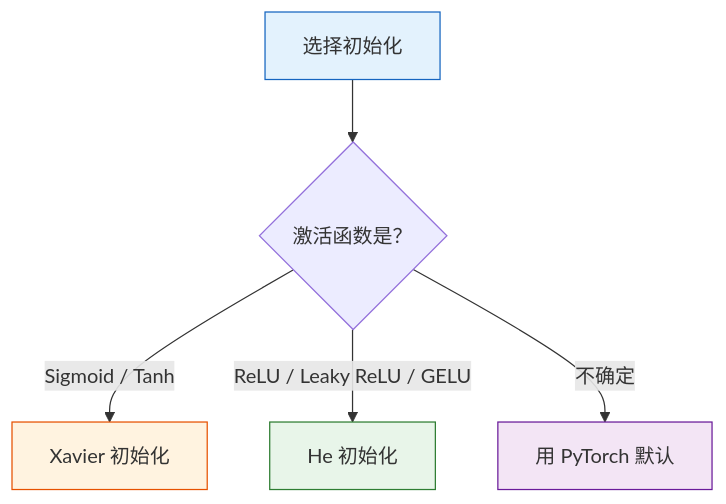
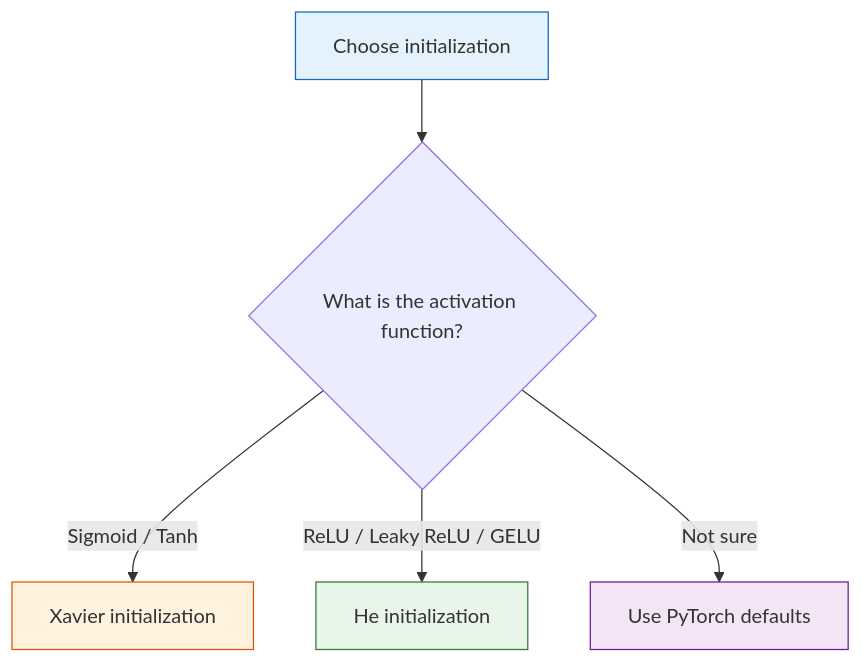
Before and after one commit to oudbiao/AI-fullstack-course: the diagram in docs/ch06-deep-learning/ch01-nn-basics/05-weight-init.md, drawn with Mermaid. The commit also changed other lines of this file and 1406 other files, not shown here.

````diff
--- a/docs/ch06-deep-learning/ch01-nn-basics/05-weight-init.md
+++ b/docs/ch06-deep-learning/ch01-nn-basics/05-weight-init.md
@@ -312,12 +312,12 @@
 ```mermaid
 flowchart TD
-    Q["选择初始化"] --> A{"激活函数是？"}
-    A --> |"Sigmoid / Tanh"|X["Xavier 初始化"]
-    A --> |"ReLU / Leaky ReLU / GELU"|H["He 初始化"]
-    A --> |"不确定"|D["用 PyTorch 默认"]
+    Q["Choose initialization"] --> A{"What is the activation function?"}
+    A --> |"Sigmoid / Tanh"|X["Xavier initialization"]
+    A --> |"ReLU / Leaky ReLU / GELU"|H["He initialization"]
+    A --> |"Not sure"|D["Use PyTorch defaults"]
 
     style Q fill:#e3f2fd,stroke:#1565c0,color:#333
     style X fill:#fff3e0,stroke:#e65100,color:#333
     style H fill:#e8f5e9,stroke:#2e7d32,color:#333
     style D fill:#f3e5f5,stroke:#6a1b9a,color:#333
 ```
````
